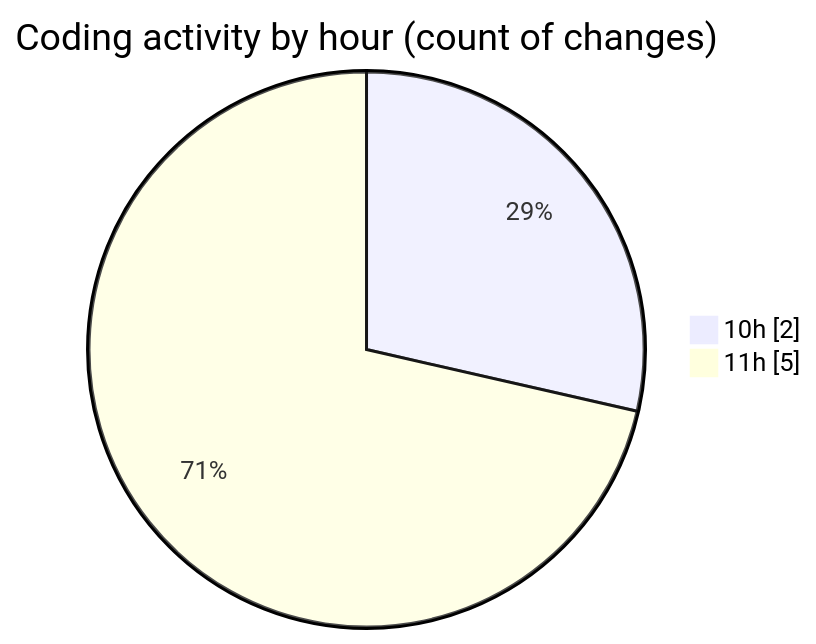
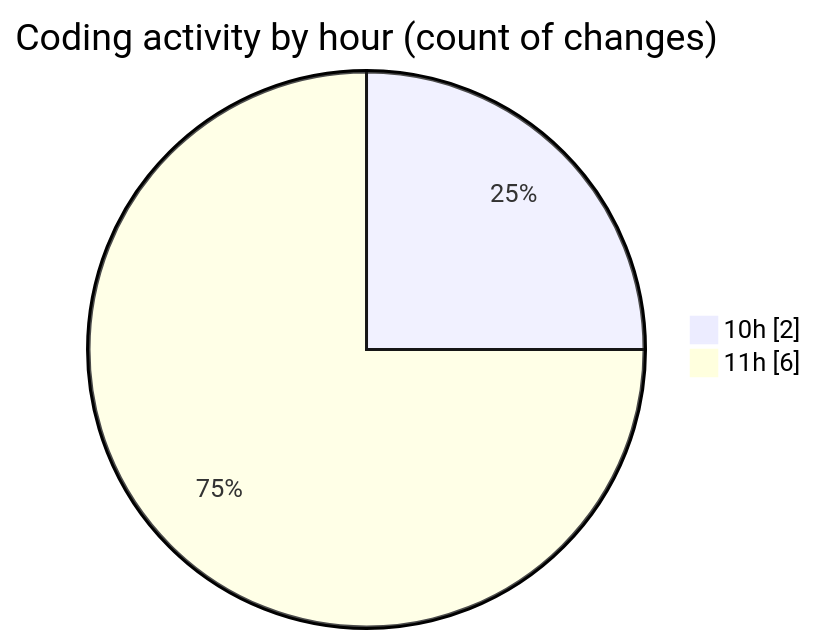
The second of 2 diagrams in 2025-10-22/eventscop-frontend-guide__workspace_/README.md (julien-gomy/code-tracking), drawn with Mermaid before and after one commit. The commit also changed other lines of this file and 1 other file, not shown here.

````diff
--- a/2025-10-22/eventscop-frontend-guide__workspace_/README.md
+++ b/2025-10-22/eventscop-frontend-guide__workspace_/README.md
@@ -31,6 +31,6 @@
 ```mermaid
 pie showData
 title Coding activity by hour (count of changes)
 "10h" : 2
-"11h" : 5
+"11h" : 6
 ```
````
